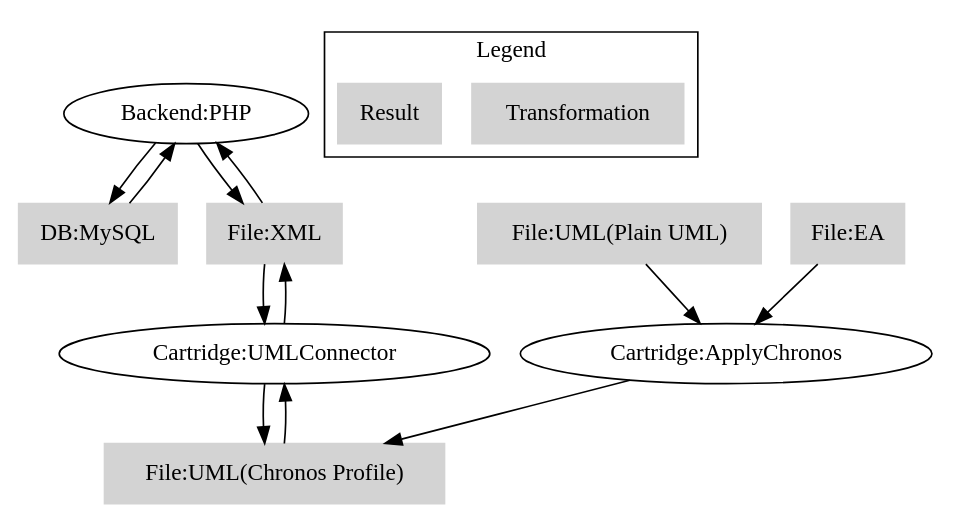
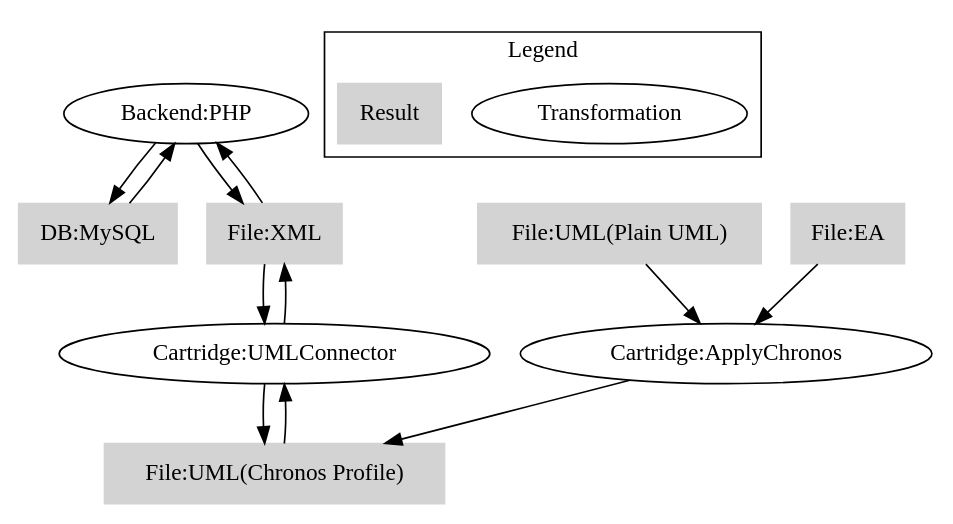
The diagram in olympos/chronos/docs/CartridgeDocumentation/DataFlowCWMCartridges.dot (iherwig/wcmf-generator), drawn with Graphviz before and after one commit. The commit also changed 2 other files, not shown here.

```diff
--- a/olympos/chronos/docs/CartridgeDocumentation/DataFlowCWMCartridges.dot
+++ b/olympos/chronos/docs/CartridgeDocumentation/DataFlowCWMCartridges.dot
@@ -1,46 +1,48 @@
 digraph DataFlow {
+
+	node[shape=ellipse, style=empty, color=black];
 
 	PHP[label="Backend:PHP"];
 	UMLConnector[label="Cartridge:UMLConnector"];
 	ApplyChonos[label="Cartridge:ApplyChronos"];
 
 	node[shape=box, style=filled, color=lightgrey];
 
 	MySQL[label="DB:MySQL"];
 	XML[label="File:XML"];
 	UMLChronos[label="File:UML(Chronos Profile)"];
 	UMLPlain[label="File:UML(Plain UML)"]
 	EA[label="File:EA"]
 
 	// *** PHP ***
 	// XML Export
 	MySQL -> PHP;
 	PHP -> XML;
 	// XML Import
 	XML -> PHP;
 	PHP -> MySQL;
 
 	// *** UMLConnector ***
 	// UML Export
 	XML -> UMLConnector;
 	UMLConnector -> UMLChronos;
 	// UML Import
 	UMLChronos -> UMLConnector;
 	UMLConnector -> XML;
 
 	// *** ApplyChronos ***
 	// from UML
 	UMLPlain -> ApplyChonos;
 	// from Enterprise Architect
 	EA -> ApplyChonos;
 	ApplyChonos -> UMLChronos;	
 
 
 	subgraph clusterLegend {
 		label="Legend";
-		Transformation;
+		Transformation[shape=ellipse, style=empty, color=black];
 		Result[shape=box, style=filled, color=lightgrey];
   	}
 
 
 }
```
